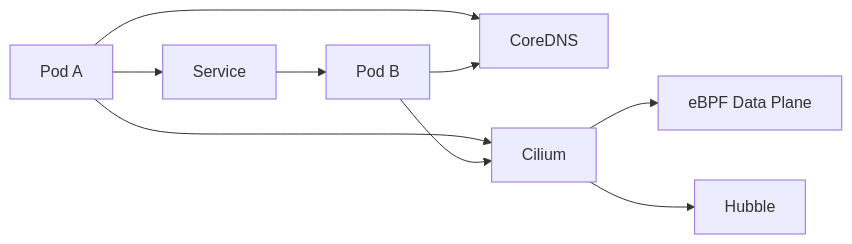
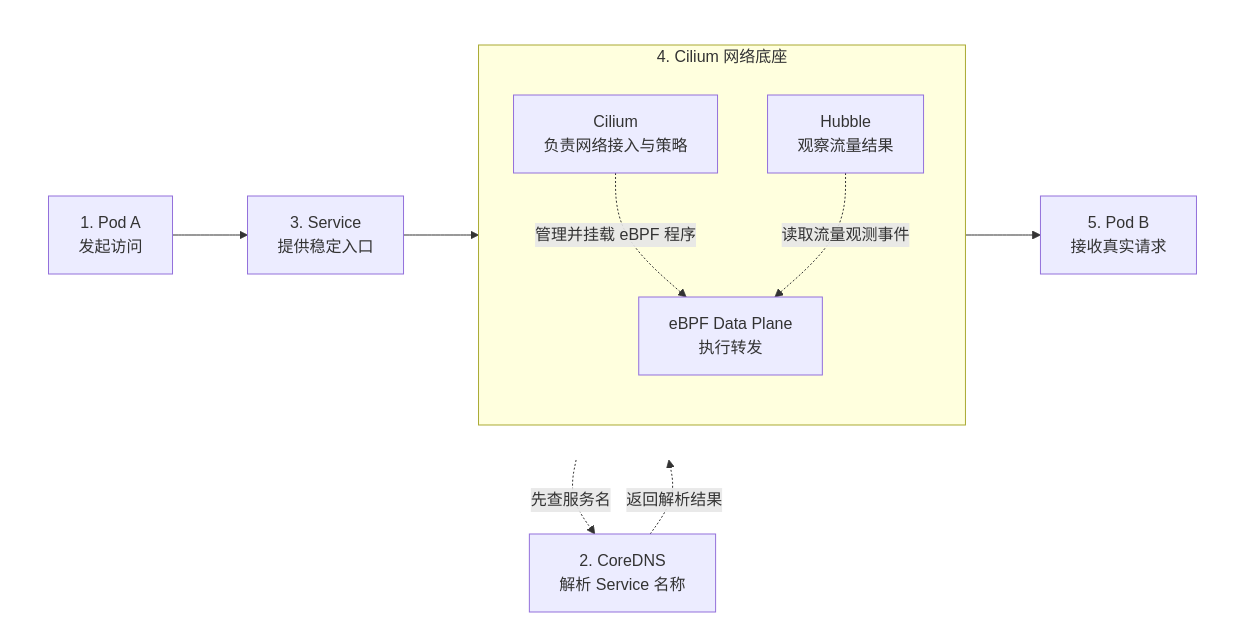
Before and after one commit to hwang-protocol/docker_k8s_2026: the first of 3 diagrams in k8s/02-cloud-native-networking/docs/00_cilium_hubble_theory.md, drawn with Mermaid. The commit also changed other lines of this file and 9 other files, not shown here.

````diff
--- a/k8s/02-cloud-native-networking/docs/00_cilium_hubble_theory.md
+++ b/k8s/02-cloud-native-networking/docs/00_cilium_hubble_theory.md
@@ -46,18 +50,30 @@
 ```mermaid
-flowchart LR
-  poda[Pod A]
-  podb[Pod B]
-  svc[Service]
-  dns[CoreDNS]
-  cilium[Cilium]
-  ebpf[eBPF Data Plane]
-  hubble[Hubble]
-  poda --> svc
-  svc --> podb
-  poda --> dns
-  podb --> dns
-  cilium --> ebpf
-  poda --> cilium
-  podb --> cilium
-  cilium --> hubble
+flowchart TB
+  dns["2. CoreDNS<br/>解析 Service 名称"]
+
+  subgraph main[" "]
+    direction LR
+    poda["1. Pod A<br/>发起访问"]
+    svc["3. Service<br/>提供稳定入口"]
+    podb["5. Pod B<br/>接收真实请求"]
+
+    subgraph platform["4. Cilium 网络底座"]
+      direction TB
+      cilium["Cilium<br/>负责网络接入与策略"]
+      ebpf["eBPF Data Plane<br/>执行转发"]
+      hubble["Hubble<br/>观察流量结果"]
+
+      cilium -. 管理并挂载 eBPF 程序 .-> ebpf
+      hubble -. 读取流量观测事件 .-> ebpf
+    end
+
+    poda --> svc
+    svc --> ebpf
+    ebpf --> podb
+  end
+
+  poda -. 先查服务名 .-> dns
+  dns -. 返回解析结果 .-> poda
+
+  style main fill:none,stroke:none
 ```
````
